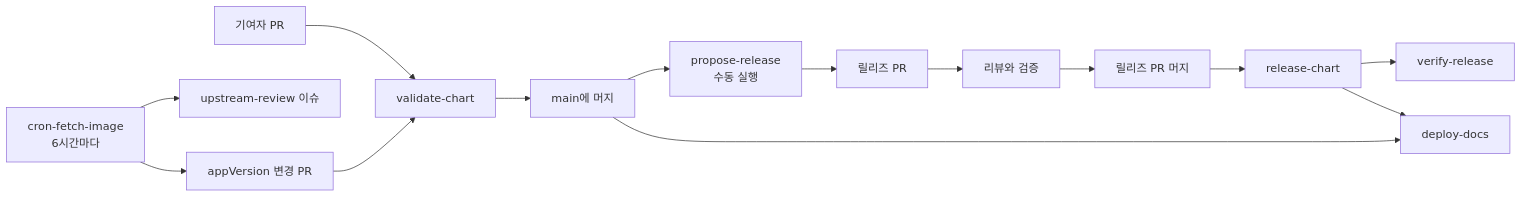
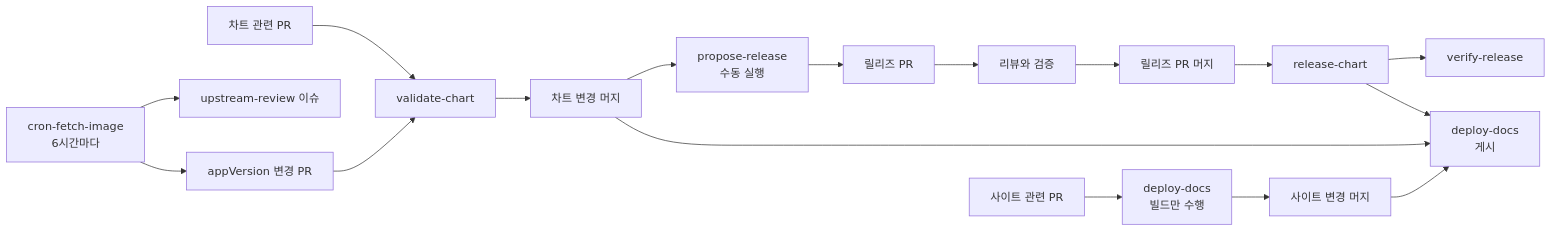
The diagram in docs/ko/contributing/ci.md (jyje/hermes-agent-helm), drawn with Mermaid before and after one commit. The commit also changed other lines of this file and 2 other files, not shown here.

````diff
--- a/docs/ko/contributing/ci.md
+++ b/docs/ko/contributing/ci.md
@@ -23,16 +23,19 @@
 ```mermaid
 flowchart LR
     C["cron-fetch-image<br/>6시간마다"] --> U["appVersion 변경 PR"]
     C --> I["upstream-review 이슈"]
-    P["기여자 PR"] --> V["validate-chart"]
+    P["차트 관련 PR"] --> V["validate-chart"]
+    S["사이트 관련 PR"] --> B["deploy-docs<br/>빌드만 수행"]
     U --> V
-    V --> M["main에 머지"]
+    V --> M["차트 변경 머지"]
+    B --> SM["사이트 변경 머지"]
     M --> R["propose-release<br/>수동 실행"]
     R --> RP["릴리즈 PR"]
     RP --> RV["리뷰와 검증"]
     RV --> RM["릴리즈 PR 머지"]
     RM --> RC["release-chart"]
     RC --> VR["verify-release"]
-    RC --> D["deploy-docs"]
+    RC --> D["deploy-docs<br/>게시"]
     M --> D
+    SM --> D
 ```
````
